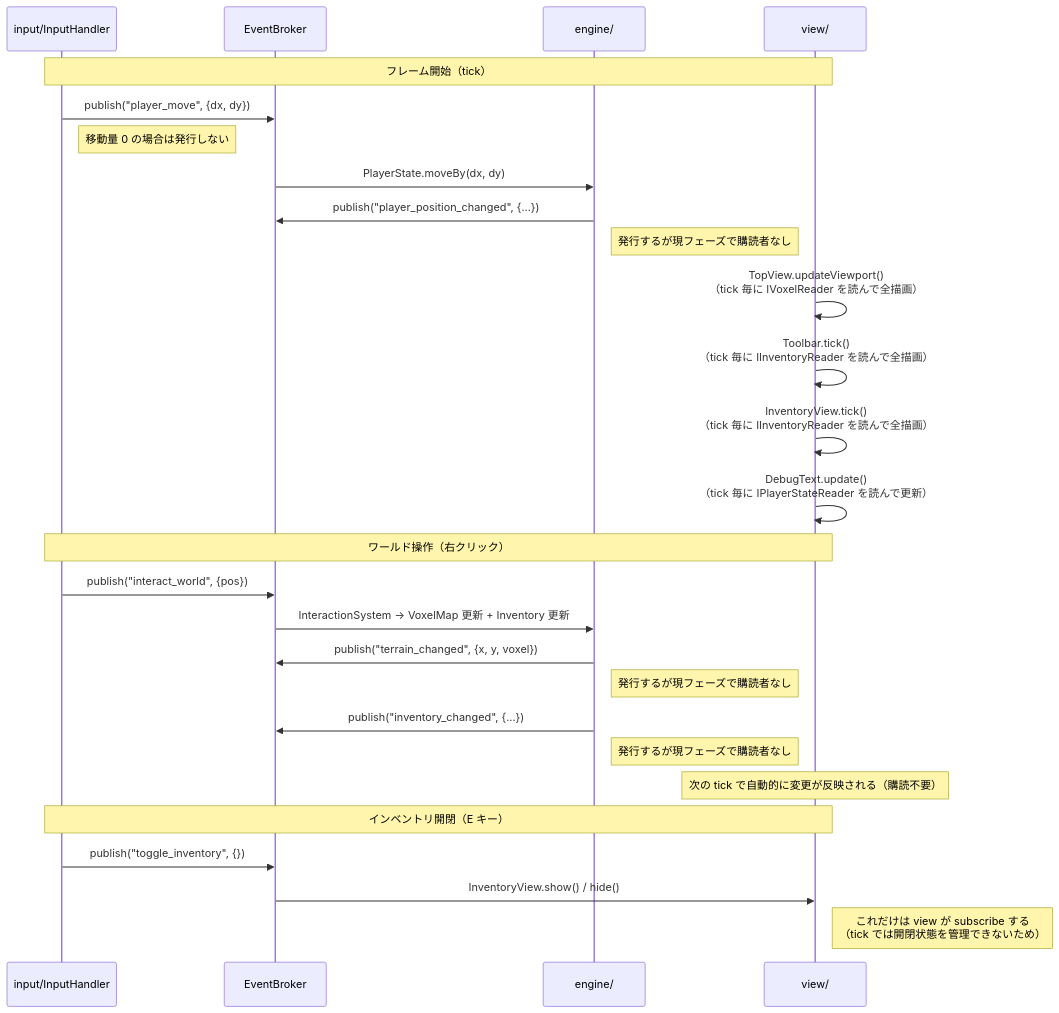
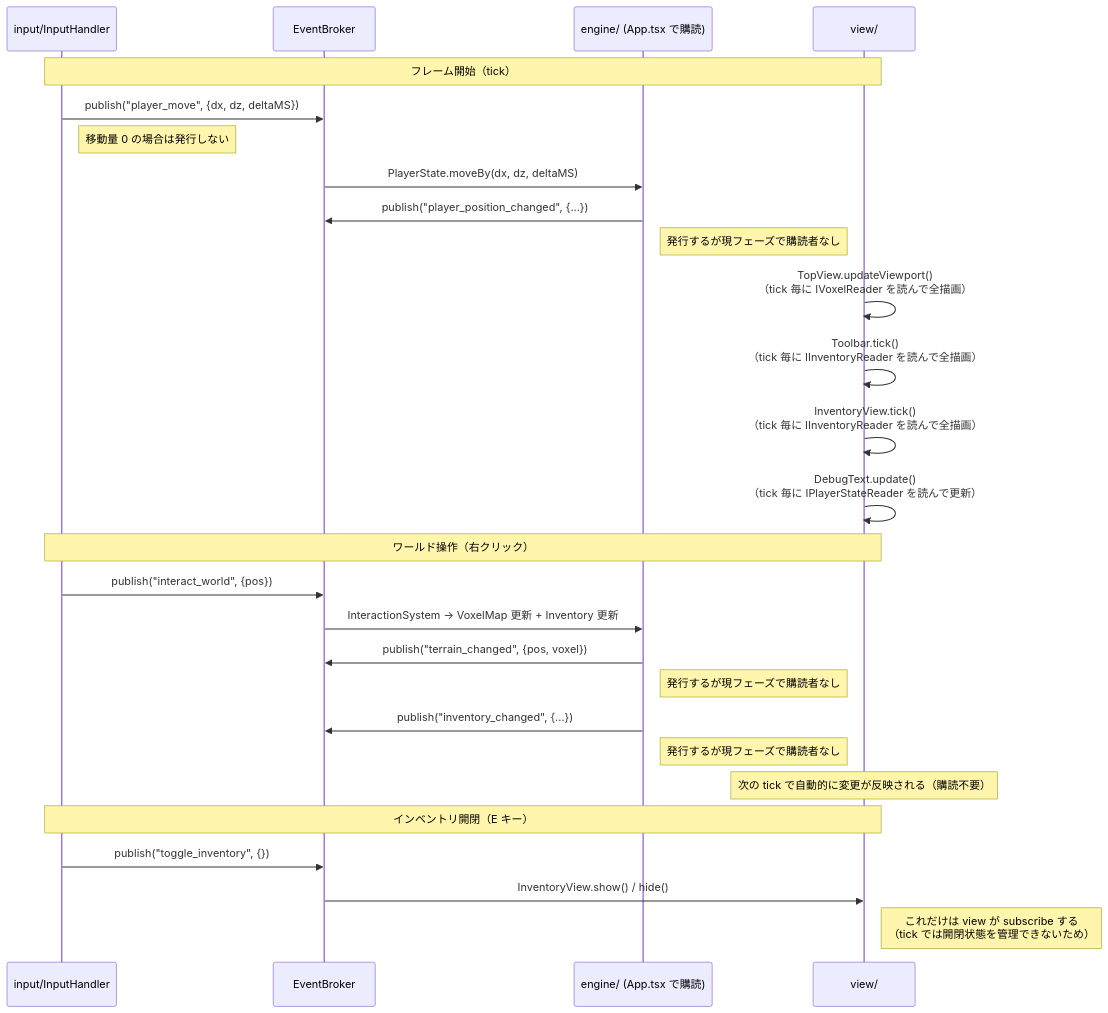
Before and after one commit to osawa-naotaka/StellaGarden: the diagram in doc/07_RE_ARCHETECTURE.md, drawn with Mermaid. The commit also changed other lines of this file and 2 other files, not shown here.

````diff
--- a/doc/07_RE_ARCHETECTURE.md
+++ b/doc/07_RE_ARCHETECTURE.md
@@ -418,37 +343,37 @@
 ```mermaid
 sequenceDiagram
     participant Input as input/InputHandler
     participant Broker as EventBroker
-    participant Engine as engine/
+    participant Engine as engine/ (App.tsx で購読)
     participant View as view/
 
     Note over Input,View: フレーム開始（tick）
 
-    Input->>Broker: publish("player_move", {dx, dy})
+    Input->>Broker: publish("player_move", {dx, dz, deltaMS})
     Note right of Input: 移動量 0 の場合は発行しない
-    Broker->>Engine: PlayerState.moveBy(dx, dy)
+    Broker->>Engine: PlayerState.moveBy(dx, dz, deltaMS)
     Engine->>Broker: publish("player_position_changed", {...})
     Note right of Engine: 発行するが現フェーズで購読者なし
 
     View->>View: TopView.updateViewport()<br/>（tick 毎に IVoxelReader を読んで全描画）
     View->>View: Toolbar.tick()<br/>（tick 毎に IInventoryReader を読んで全描画）
     View->>View: InventoryView.tick()<br/>（tick 毎に IInventoryReader を読んで全描画）
     View->>View: DebugText.update()<br/>（tick 毎に IPlayerStateReader を読んで更新）
 
     Note over Input,View: ワールド操作（右クリック）
 
     Input->>Broker: publish("interact_world", {pos})
     Broker->>Engine: InteractionSystem → VoxelMap 更新 + Inventory 更新
-    Engine->>Broker: publish("terrain_changed", {x, y, voxel})
+    Engine->>Broker: publish("terrain_changed", {pos, voxel})
     Note right of Engine: 発行するが現フェーズで購読者なし
     Engine->>Broker: publish("inventory_changed", {...})
     Note right of Engine: 発行するが現フェーズで購読者なし
 
     Note over View,View: 次の tick で自動的に変更が反映される（購読不要）
 
     Note over Input,View: インベントリ開閉（E キー）
 
     Input->>Broker: publish("toggle_inventory", {})
     Broker->>View: InventoryView.show() / hide()
     Note right of View: これだけは view が subscribe する<br/>（tick では開閉状態を管理できないため）
 ```
````
